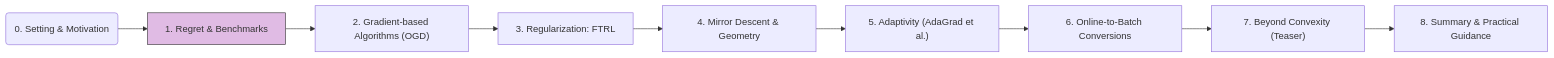
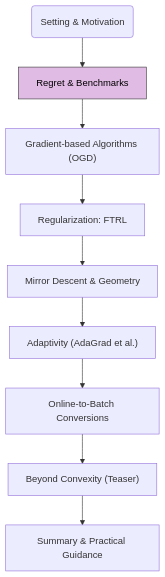
One commit to JiHa-Kim/jiha-kim.github.io changed the diagram in collections/_crash-courses/online-learning/1-regret.md. Above: the diagram before and after it, drawn with Mermaid. The commit also changed 13 other files, not shown here.

````diff
--- a/collections/_crash-courses/online-learning/1-regret.md
+++ b/collections/_crash-courses/online-learning/1-regret.md
@@ -150,13 +150,13 @@
 ```mermaid
-flowchart LR
-    C0("0. Setting & Motivation") --> C1["1. Regret & Benchmarks"]
-    C1 --> C2["2. Gradient-based Algorithms (OGD)"]
-    C2 --> C3["3. Regularization: FTRL"]
-    C3 --> C4["4. Mirror Descent & Geometry"]
-    C4 --> C5["5. Adaptivity (AdaGrad et al.)"]
-    C5 --> C6["6. Online-to-Batch Conversions"]
-    C6 --> C7["7. Beyond Convexity (Teaser)"]
-    C7 --> C8["8. Summary & Practical Guidance"]
+flowchart TD
+    C0("Setting & Motivation") --> C1["Regret & Benchmarks"]
+    C1 --> C2["Gradient-based Algorithms (OGD)"]
+    C2 --> C3["Regularization: FTRL"]
+    C3 --> C4["Mirror Descent & Geometry"]
+    C4 --> C5["Adaptivity (AdaGrad et al.)"]
+    C5 --> C6["Online-to-Batch Conversions"]
+    C6 --> C7["Beyond Convexity (Teaser)"]
+    C7 --> C8["Summary & Practical Guidance"]
 
-    style C1 fill:#E0BBE4,stroke:#333,stroke-width:2px % Highlight current module
+    style C1 fill:#E0BBE4,color:#000,stroke:#333,stroke-width:2px % Highlight current module
 ```
````
